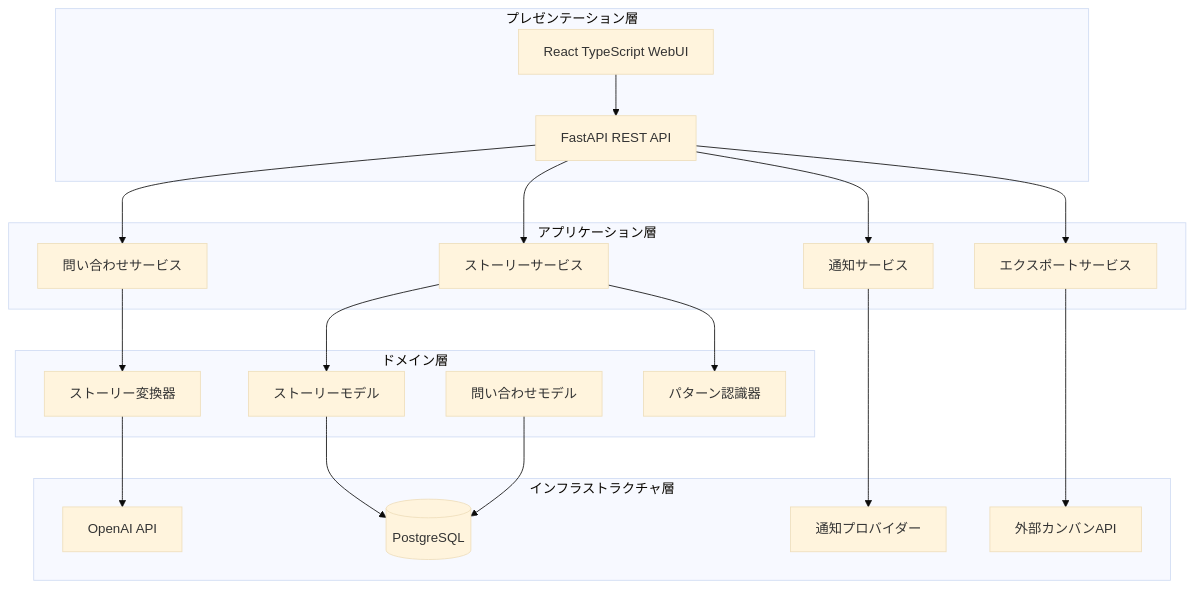
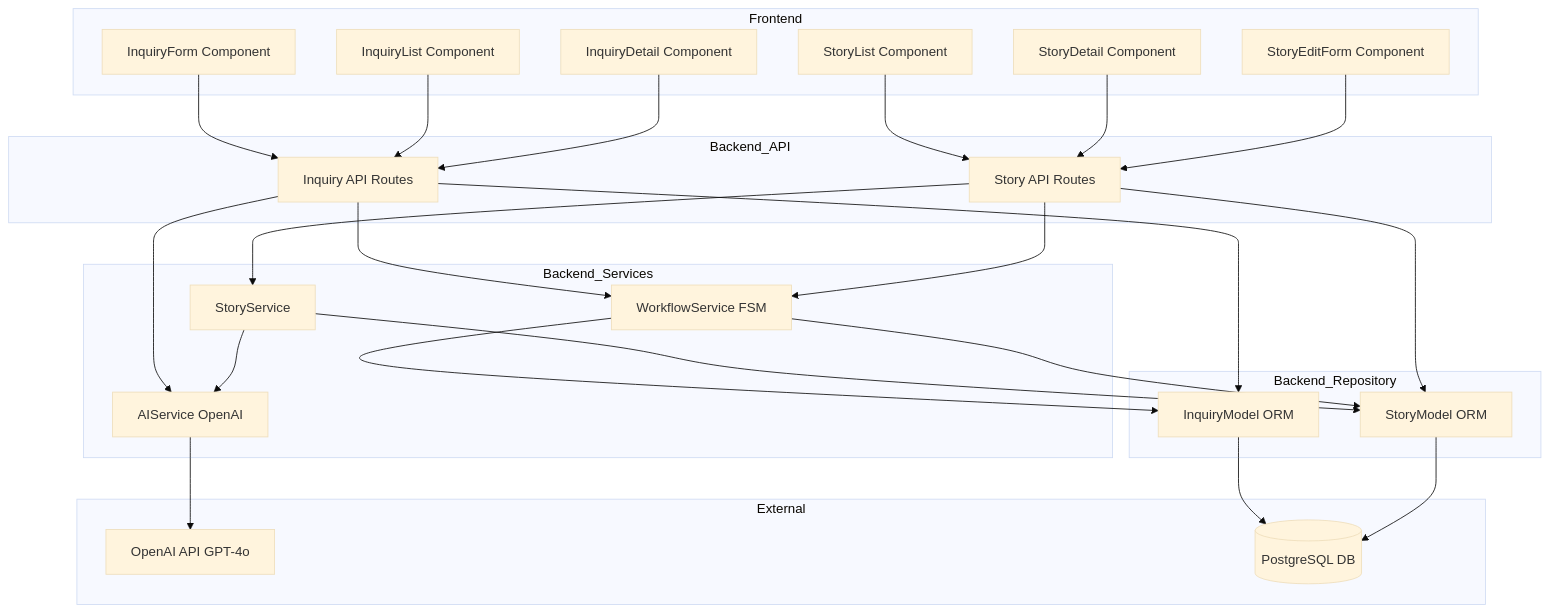
One commit to ohr486/ghost-squad changed the first of 3 diagrams in .kiro/specs/storyboard/design.md. Above: the diagram before and after it, drawn with Mermaid (base theme). The commit also changed other lines of this file and 2 other files, not shown here.

````diff
--- a/.kiro/specs/storyboard/design.md
+++ b/.kiro/specs/storyboard/design.md
@@ -11,44 +63,55 @@
 ```mermaid
 graph TB
-    subgraph "プレゼンテーション層"
-        UI[React TypeScript WebUI]
-        API[FastAPI REST API]
+    subgraph Frontend
+        InquiryForm[InquiryForm Component]
+        InquiryList[InquiryList Component]
+        InquiryDetail[InquiryDetail Component]
+        StoryList[StoryList Component]
+        StoryDetail[StoryDetail Component]
+        StoryEditForm[StoryEditForm Component]
     end
-    
-    subgraph "アプリケーション層"
-        IS[問い合わせサービス]
-        SS[ストーリーサービス]
-        NS[通知サービス]
-        ES[エクスポートサービス]
+
+    subgraph Backend_API
+        InquiryAPI[Inquiry API Routes]
+        StoryAPI[Story API Routes]
     end
-    
-    subgraph "ドメイン層"
-        SC[ストーリー変換器]
-        SM[ストーリーモデル]
-        IM[問い合わせモデル]
-        PR[パターン認識器]
+
+    subgraph Backend_Services
+        WorkflowService[WorkflowService FSM]
+        AIService[AIService OpenAI]
+        StoryService[StoryService]
     end
-    
-    subgraph "インフラストラクチャ層"
-        DB[(PostgreSQL)]
-        AI[OpenAI API]
-        EXT[外部カンバンAPI]
-        NOTIF[通知プロバイダー]
+
+    subgraph Backend_Repository
+        InquiryRepo[InquiryModel ORM]
+        StoryRepo[StoryModel ORM]
     end
-    
-    UI --> API
-    API --> IS
-    API --> SS
-    API --> NS
-    API --> ES
-    
-    IS --> SC
-    SS --> SM
-    SS --> PR
-    
-    SC --> AI
-    SM --> DB
-    IM --> DB
-    ES --> EXT
-    NS --> NOTIF
+
+    subgraph External
+        OpenAI[OpenAI API GPT-4o]
+        PostgreSQL[(PostgreSQL DB)]
+    end
+
+    InquiryForm --> InquiryAPI
+    InquiryList --> InquiryAPI
+    InquiryDetail --> InquiryAPI
+    StoryList --> StoryAPI
+    StoryDetail --> StoryAPI
+    StoryEditForm --> StoryAPI
+
+    InquiryAPI --> WorkflowService
+    InquiryAPI --> AIService
+    InquiryAPI --> InquiryRepo
+    StoryAPI --> WorkflowService
+    StoryAPI --> StoryService
+    StoryAPI --> StoryRepo
+
+    AIService --> OpenAI
+    StoryService --> AIService
+    StoryService --> StoryRepo
+    WorkflowService --> InquiryRepo
+    WorkflowService --> StoryRepo
+
+    InquiryRepo --> PostgreSQL
+    StoryRepo --> PostgreSQL
 ```
````
